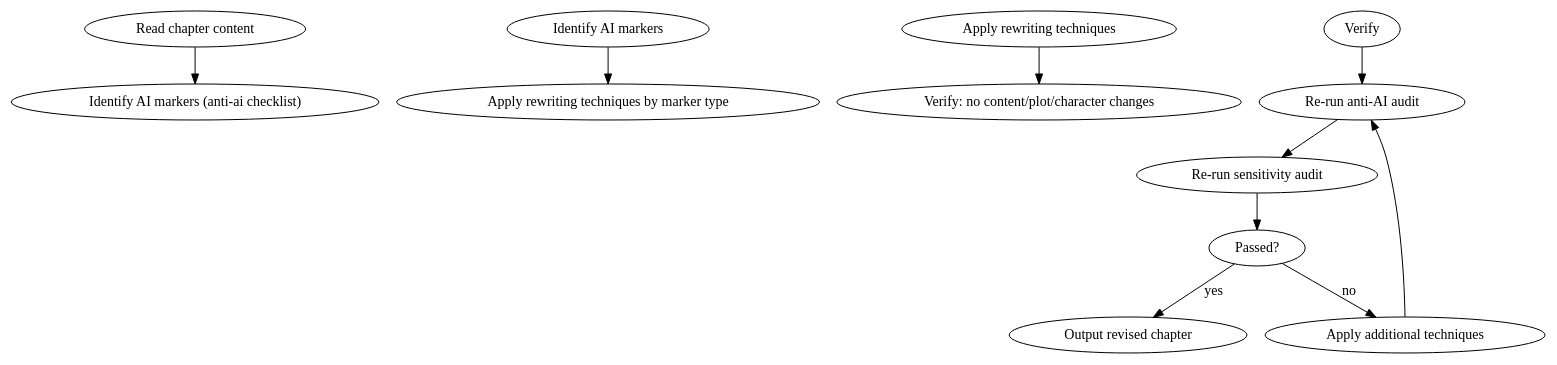
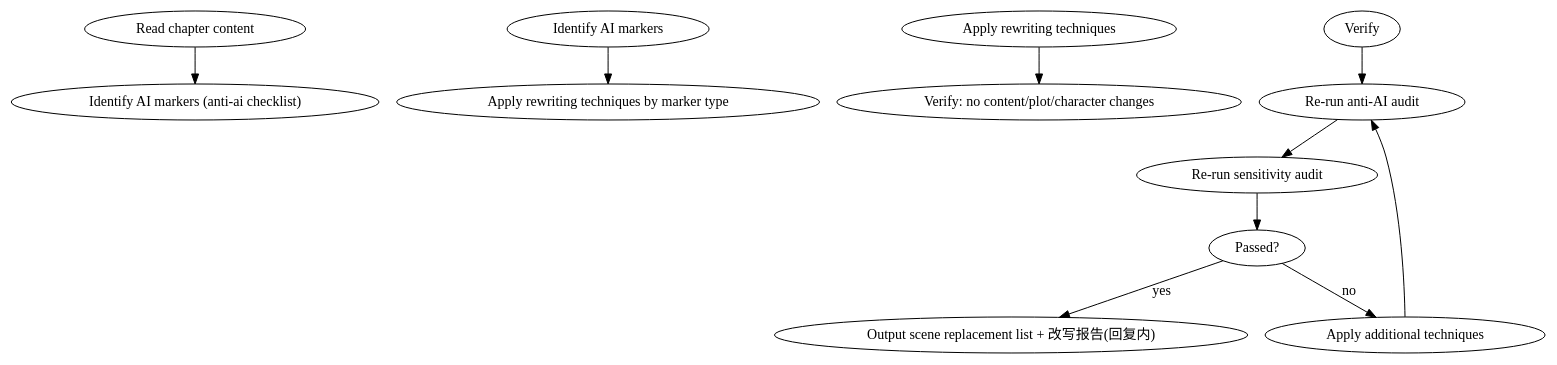
The diagram in skills/shenbi-anti-detect/SKILL.md (ThomasChangX/shenbi), drawn with Graphviz before and after one commit. The commit also changed other lines of this file and 19 other files, not shown here.

````diff
--- a/skills/shenbi-anti-detect/SKILL.md
+++ b/skills/shenbi-anti-detect/SKILL.md
@@ -39,13 +39,13 @@
 ```dot
 digraph anti_detect {
     "Read chapter content" -> "Identify AI markers (anti-ai checklist)";
     "Identify AI markers" -> "Apply rewriting techniques by marker type";
     "Apply rewriting techniques" -> "Verify: no content/plot/character changes";
     "Verify" -> "Re-run anti-AI audit";
     "Re-run anti-AI audit" -> "Re-run sensitivity audit";
     "Re-run sensitivity audit" -> "Passed?";
-    "Passed?" -> "Output revised chapter" [label="yes"];
+    "Passed?" -> "Output scene replacement list + 改写报告(回复内)" [label="yes"];
     "Passed?" -> "Apply additional techniques" [label="no"];
     "Apply additional techniques" -> "Re-run anti-AI audit";
 }
 ```
````
